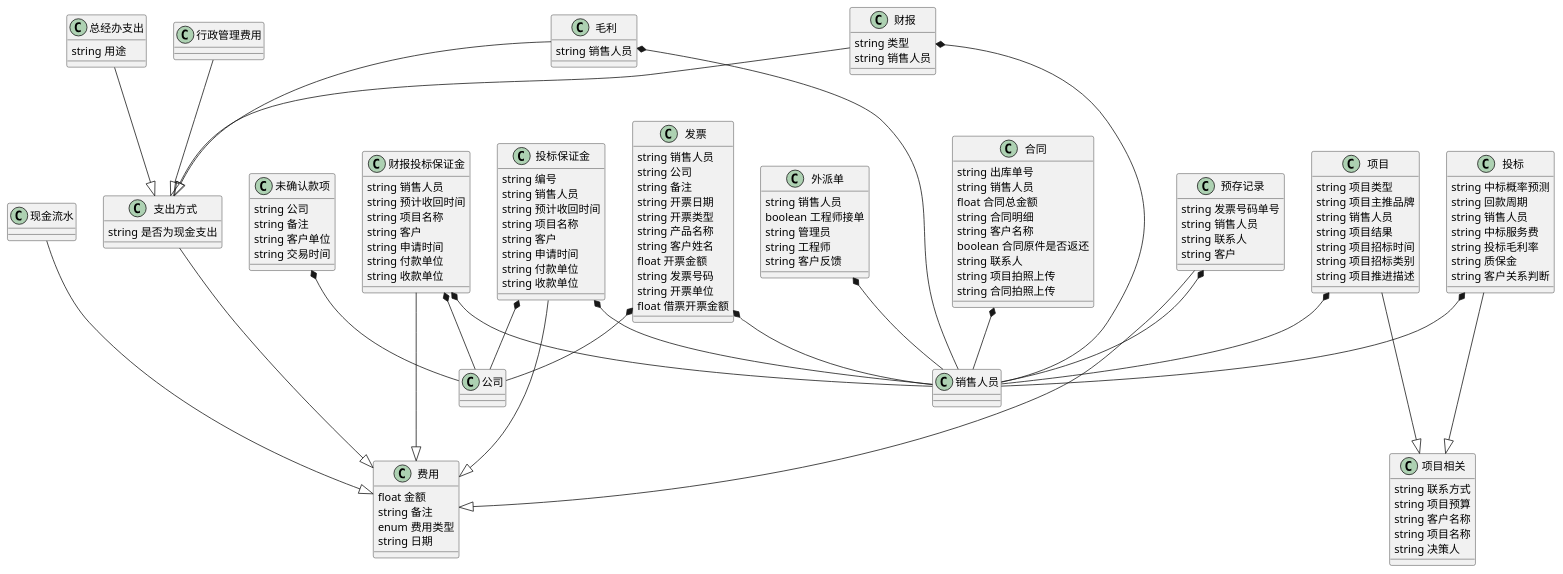
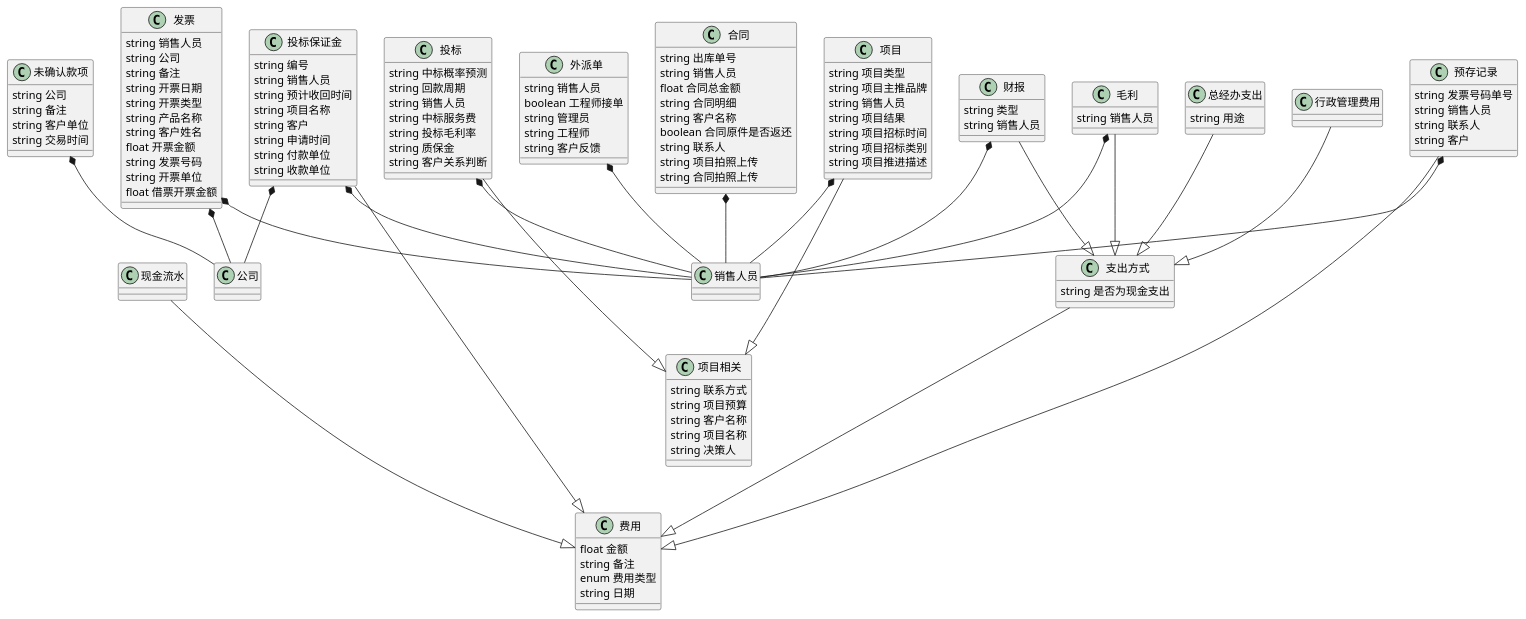
The diagram in UML/online.pu (nemoworks/engrafo), drawn with PlantUML before and after one commit. The commit also changed 3 other files, not shown here.

Commit message:
update uml

```diff
--- a/UML/online.pu
+++ b/UML/online.pu
@@ -1,148 +1,148 @@
 @startuml online
 class 销售人员{
   
 }
 
 class 未确认款项{
   string 公司
   string 备注
   string 客户单位
   string 交易时间
 }
-class 财报投标保证金{
-  string 销售人员
-  string 预计收回时间
-  string 项目名称
-  string 客户
-  string 申请时间
-  string 付款单位
-  string 收款单位
-}
+' class 财报投标保证金{
+'   string 销售人员
+'   string 预计收回时间
+'   string 项目名称
+'   string 客户
+'   string 申请时间
+'   string 付款单位
+'   string 收款单位
+' }
 class 预存记录{
   string 发票号码单号
   string 销售人员
   string 联系人
   string 客户
 }
 class 现金流水{
 }
 class 总经办支出{
   string 用途
 }
 class 行政管理费用{
 }
 class 毛利{
   string 销售人员
 }
 class 项目{
   string 项目类型
   string 项目主推品牌
   string 销售人员
   string 项目结果
   string 项目招标时间
   string 项目招标类别
   string 项目推进描述
 }
 class 投标{
   string 中标概率预测
   string 回款周期
   string 销售人员
   string 中标服务费
   string 投标毛利率
   string 质保金
   string 客户关系判断
 }
 class 发票{
   string 销售人员
   string 公司
   string 备注
   string 开票日期
   string 开票类型
   string 产品名称
   string 客户姓名
   float 开票金额
   string 发票号码
   string 开票单位
   float 借票开票金额
 }
 class 投标保证金{
   string 编号
   string 销售人员
   string 预计收回时间
   string 项目名称
   string 客户
   string 申请时间
   string 付款单位
   string 收款单位
 }
 class 合同{
   string 出库单号
   string 销售人员
   float 合同总金额
   string 合同明细
   string 客户名称
   boolean 合同原件是否返还
   string 联系人
   string 项目拍照上传
   string 合同拍照上传
 }
 class 财报{
   string 类型
   string 销售人员
 }
 class 外派单{
   string 销售人员
   boolean 工程师接单
   string 管理员
   string 工程师
   string 客户反馈
 }
 
 
 
-财报投标保证金 *-- 销售人员
+' 财报投标保证金 *-- 销售人员
 预存记录 *-- 销售人员
 毛利 *-- 销售人员
 项目 *-- 销售人员
 投标 *-- 销售人员
 发票 *-- 销售人员
 投标保证金 *-- 销售人员
 合同 *-- 销售人员
 财报 *-- 销售人员
 外派单 *-- 销售人员
 
 未确认款项 *-- 公司
-财报投标保证金 *-- 公司
+' 财报投标保证金 *-- 公司
 发票 *-- 公司
 投标保证金 *-- 公司
 
 class 费用{
   float 金额
   string 备注
   enum 费用类型
   string 日期
 }
-财报投标保证金 ---|> 费用
+' 财报投标保证金 ---|> 费用
 投标保证金 ---|> 费用
 预存记录 ---|> 费用
 现金流水 ---|> 费用
 支出方式 ---|> 费用
 
 class 支出方式{
   string 是否为现金支出
 }
 总经办支出 --|> 支出方式
 行政管理费用 --|> 支出方式
 毛利 --|> 支出方式
 财报 --|> 支出方式
 
 class 项目相关{
   string 联系方式
   string 项目预算
   string 客户名称
   string 项目名称
   string 决策人
 }
 项目 ---|> 项目相关
 投标 ---|> 项目相关
 @enduml
```
